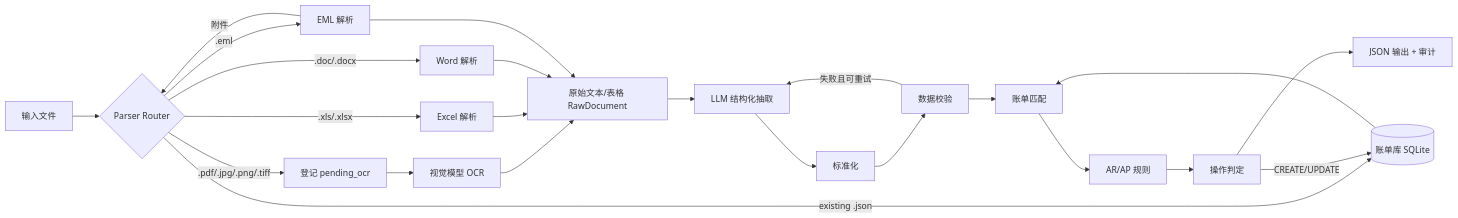
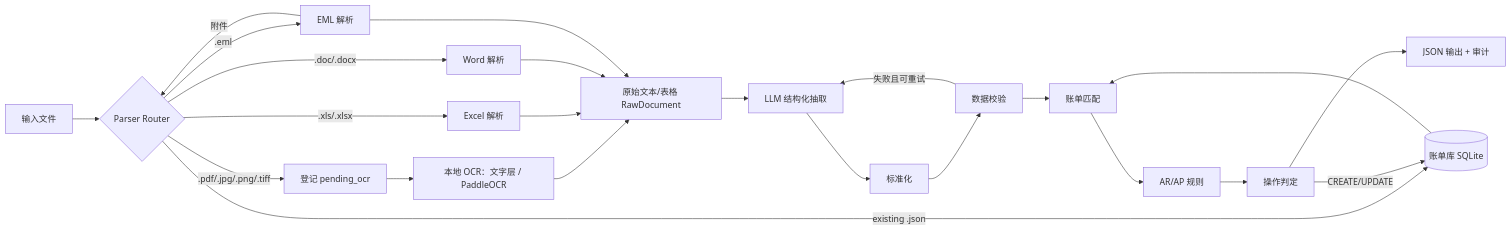
The first of 2 diagrams in development.md (asdjk12/Shipping_Bill), drawn with Mermaid before and after one commit. The commit also changed other lines of this file and 13 other files, not shown here.

````diff
--- a/development.md
+++ b/development.md
@@ -59,27 +62,27 @@
 ```mermaid
 flowchart LR
     IN[输入文件] --> R{Parser Router}
     R -->|.eml| EML[EML 解析]
     EML -->|附件| R
     R -->|.pdf/.jpg/.png/.tiff| PEND[登记 pending_ocr]
-    PEND --> OCR[视觉模型 OCR]
+    PEND --> OCR[本地 OCR：文字层 / PaddleOCR]
     R -->|.xls/.xlsx| XL[Excel 解析]
     R -->|.doc/.docx| WD[Word 解析]
     R -->|existing .json| DB[(账单库 SQLite)]
 
     OCR --> RAW[原始文本/表格 RawDocument]
     XL --> RAW
     WD --> RAW
     EML --> RAW
 
     RAW --> EX[LLM 结构化抽取]
     EX --> NM[标准化]
     NM --> VA[数据校验]
     VA -->|失败且可重试| EX
     VA --> MT[账单匹配]
     DB --> MT
     MT --> AA[AR/AP 规则]
     AA --> OP[操作判定]
     OP --> OUT[JSON 输出 + 审计]
     OP -->|CREATE/UPDATE| DB
 ```
````
